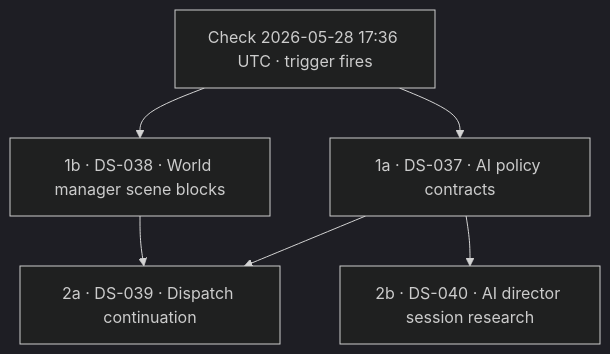
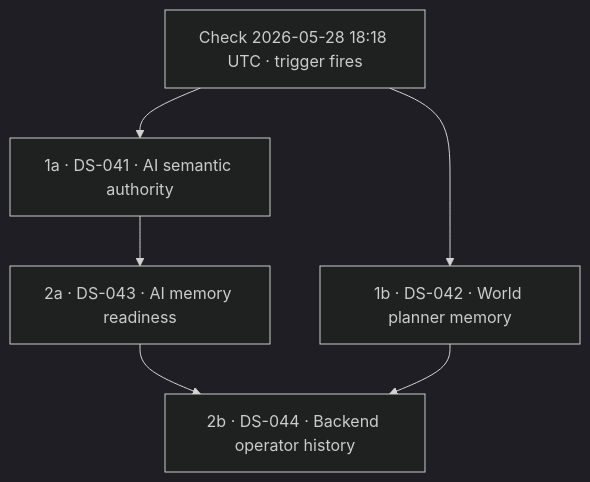
One commit to Held0fTheWelt/ASHEN-SHELL changed the diagram in 'fy'-suites/despaghettify/despaghettification_implementation_input.md. Above: the diagram before and after it, drawn with Mermaid (dark theme). The commit also changed other lines of this file and 21 other files, not shown here.

````diff
--- a/'fy'-suites/despaghettify/despaghettification_implementation_input.md
+++ b/'fy'-suites/despaghettify/despaghettification_implementation_input.md
@@ -97,8 +97,8 @@
 ```mermaid
 flowchart TD
-    Start["Check 2026-05-28 17:36 UTC · trigger fires"] --> P1A["1a · DS-037 · AI policy contracts"]
-    Start --> P1B["1b · DS-038 · World manager scene blocks"]
-    P1A --> P2A["2a · DS-039 · Dispatch continuation"]
-    P1A --> P2B["2b · DS-040 · AI director session research"]
-    P1B --> P2A
+    Start["Check 2026-05-28 18:18 UTC · trigger fires"] --> P1A["1a · DS-041 · AI semantic authority"]
+    Start --> P1B["1b · DS-042 · World planner memory"]
+    P1A --> P2A["2a · DS-043 · AI memory readiness"]
+    P2A --> P2B["2b · DS-044 · Backend operator history"]
+    P1B --> P2B
 ```
````
